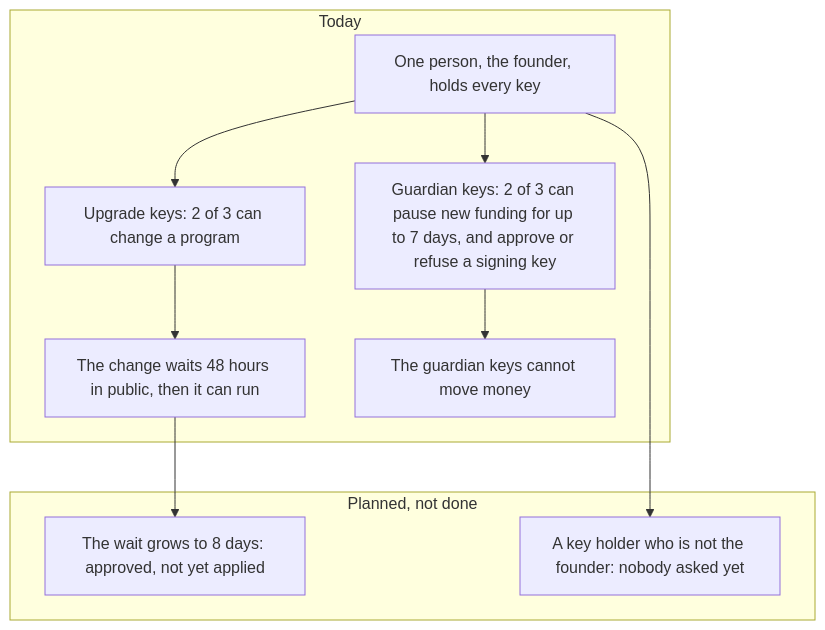
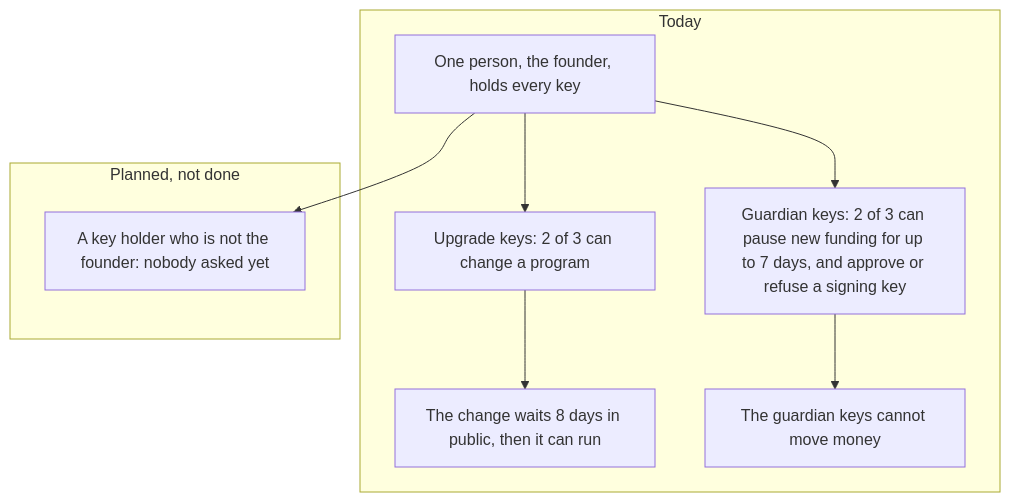
Before and after one commit to Lucho-design1/Knos: the diagram in docs/reference/GOVERNANCE.md, drawn with Mermaid. The commit also changed other lines of this file and 139 other files, not shown here.

````diff
--- a/docs/reference/GOVERNANCE.md
+++ b/docs/reference/GOVERNANCE.md
@@ -7,18 +7,16 @@
 ```mermaid
 flowchart TB
     subgraph today["Today"]
         founder["One person, the founder, holds every key"]
         upgrade["Upgrade keys: 2 of 3 can change a program"]
-        wait["The change waits 48 hours in public, then it can run"]
+        wait["The change waits 8 days in public, then it can run"]
         guardian["Guardian keys: 2 of 3 can pause new funding for up to 7 days, and approve or refuse a signing key"]
         nomoney["The guardian keys cannot move money"]
         founder --> upgrade --> wait
         founder --> guardian --> nomoney
     end
     subgraph plan["Planned, not done"]
-        eight["The wait grows to 8 days: approved, not yet applied"]
         outside["A key holder who is not the founder: nobody asked yet"]
     end
-    wait --> eight
     founder --> outside
 ```
````
